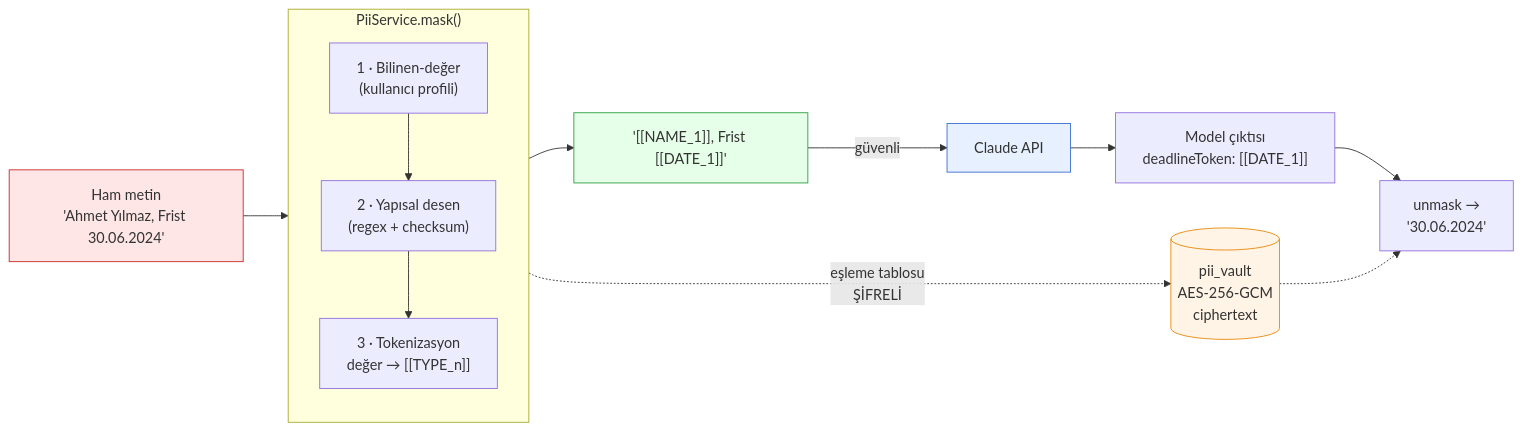
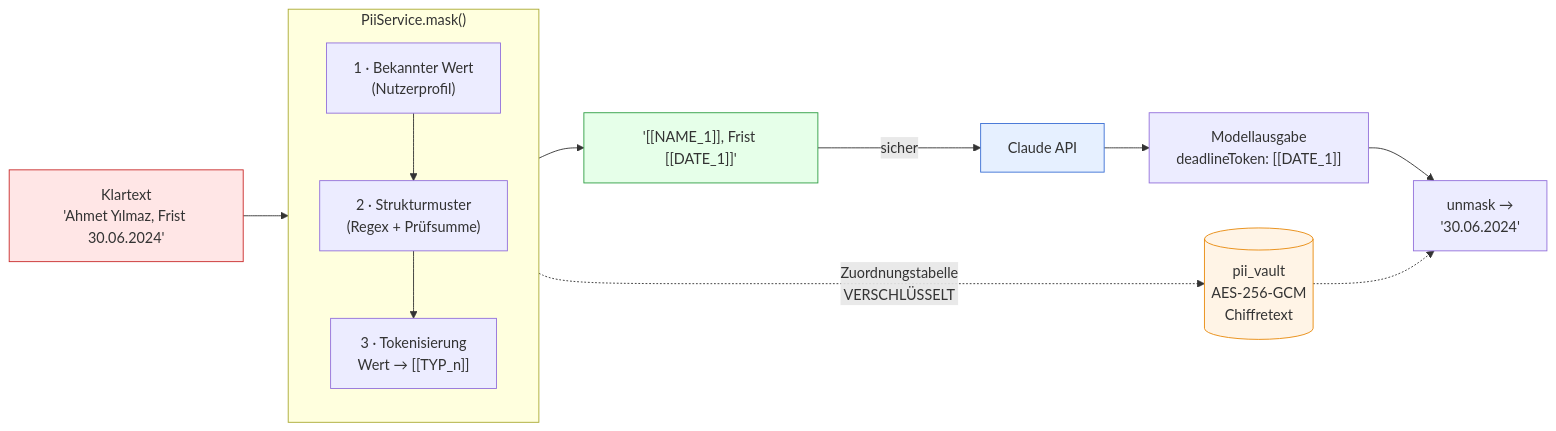
One commit to burakerdgn1/B-Ko changed the second of 3 diagrams in README.md. Above: the diagram before and after it, drawn with Mermaid. The commit also changed other lines of this file and 2 other files, not shown here.

````diff
--- a/README.md
+++ b/README.md
@@ -59,28 +62,28 @@
 ```mermaid
 flowchart LR
-    RAW["Ham metin<br/>'Ahmet Yılmaz, Frist 30.06.2024'"]
+    RAW["Klartext<br/>'Ahmet Yılmaz, Frist 30.06.2024'"]
 
     subgraph mask["PiiService.mask()"]
         direction TB
-        K["1 · Bilinen-değer<br/>(kullanıcı profili)"]
-        R["2 · Yapısal desen<br/>(regex + checksum)"]
-        T["3 · Tokenizasyon<br/>değer → [[TYPE_n]]"]
+        K["1 · Bekannter Wert<br/>(Nutzerprofil)"]
+        R["2 · Strukturmuster<br/>(Regex + Prüfsumme)"]
+        T["3 · Tokenisierung<br/>Wert → [[TYP_n]]"]
         K --> R --> T
     end
 
     MASKED["'[[NAME_1]], Frist [[DATE_1]]'"]
     LLMBOX["Claude API"]
-    OUT["Model çıktısı<br/>deadlineToken: [[DATE_1]]"]
+    OUT["Modellausgabe<br/>deadlineToken: [[DATE_1]]"]
     FINAL["unmask →<br/>'30.06.2024'"]
-    VAULT[("pii_vault<br/>AES-256-GCM<br/>ciphertext")]
+    VAULT[("pii_vault<br/>AES-256-GCM<br/>Chiffretext")]
 
     RAW --> mask --> MASKED
-    MASKED -->|"güvenli"| LLMBOX --> OUT --> FINAL
-    T -.->|"eşleme tablosu<br/>ŞİFRELİ"| VAULT
+    MASKED -->|"sicher"| LLMBOX --> OUT --> FINAL
+    T -.->|"Zuordnungstabelle<br/>VERSCHLÜSSELT"| VAULT
     VAULT -.-> FINAL
 
     style RAW fill:#ffe6e6,stroke:#c92a2a
     style MASKED fill:#e6ffe9,stroke:#2f9e44
     style LLMBOX fill:#e6f0ff,stroke:#3b6fd4
     style VAULT fill:#fff4e6,stroke:#e8890c
 ```
````
